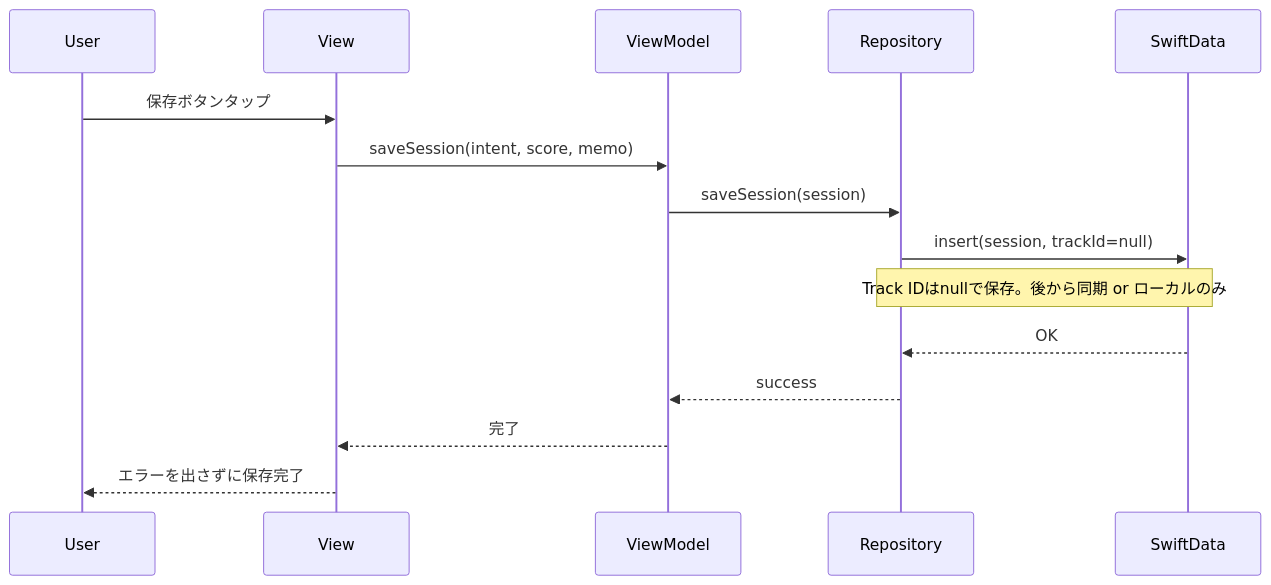
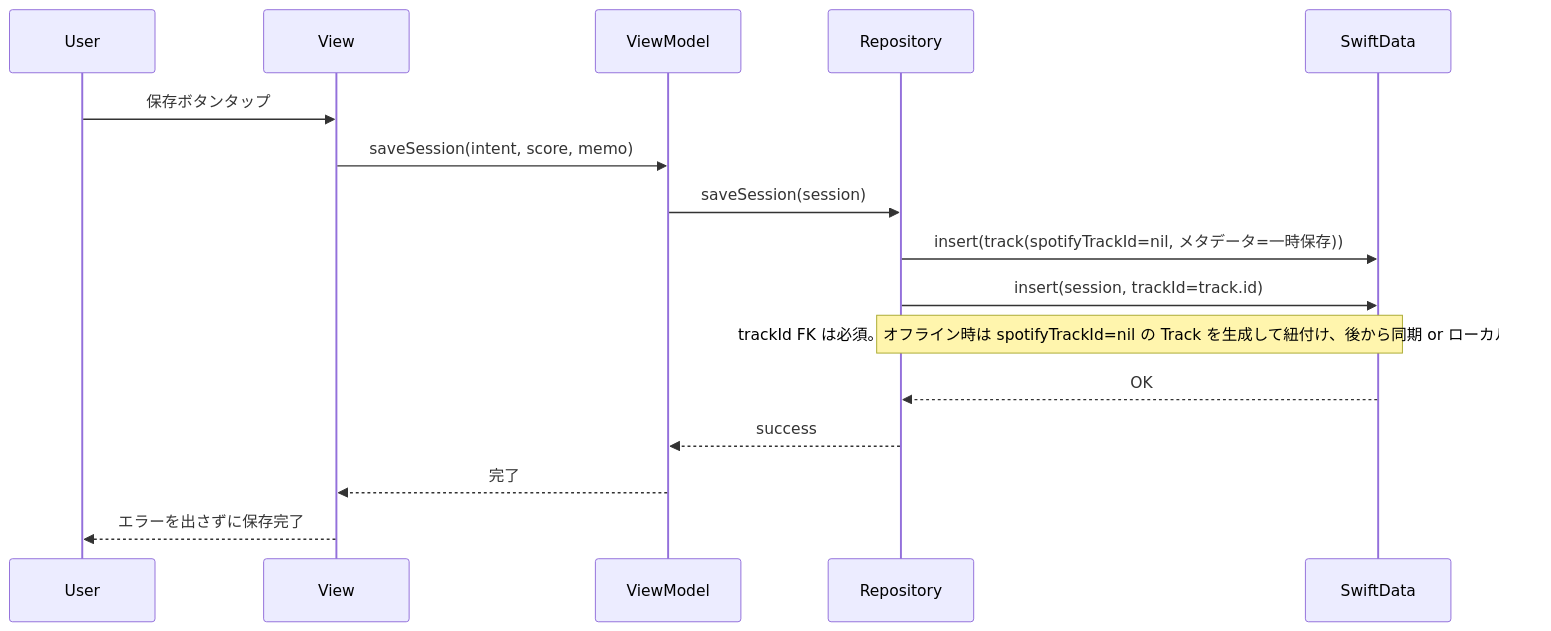
Before and after one commit to omomi-moti/Karaoke_support: the second of 7 diagrams in docs/detailed_design.md, drawn with Mermaid.

````diff
--- a/docs/detailed_design.md
+++ b/docs/detailed_design.md
@@ -50,18 +50,19 @@
 ```mermaid
 sequenceDiagram
     participant User
     participant View
     participant ViewModel
     participant Repository
     participant SwiftData
 
     User->>View: 保存ボタンタップ
     View->>ViewModel: saveSession(intent, score, memo)
     ViewModel->>Repository: saveSession(session)
-    Repository->>SwiftData: insert(session, trackId=null)
-    Note over Repository,SwiftData: Track IDはnullで保存。後から同期 or ローカルのみ
+    Repository->>SwiftData: insert(track(spotifyTrackId=nil, メタデータ=一時保存))
+    Repository->>SwiftData: insert(session, trackId=track.id)
+    Note over Repository,SwiftData: trackId FK は必須。オフライン時は spotifyTrackId=nil の Track を生成して紐付け、後から同期 or ローカルのみ
     SwiftData-->>Repository: OK
     Repository-->>ViewModel: success
     ViewModel-->>View: 完了
     View-->>User: エラーを出さずに保存完了
 ```
````
